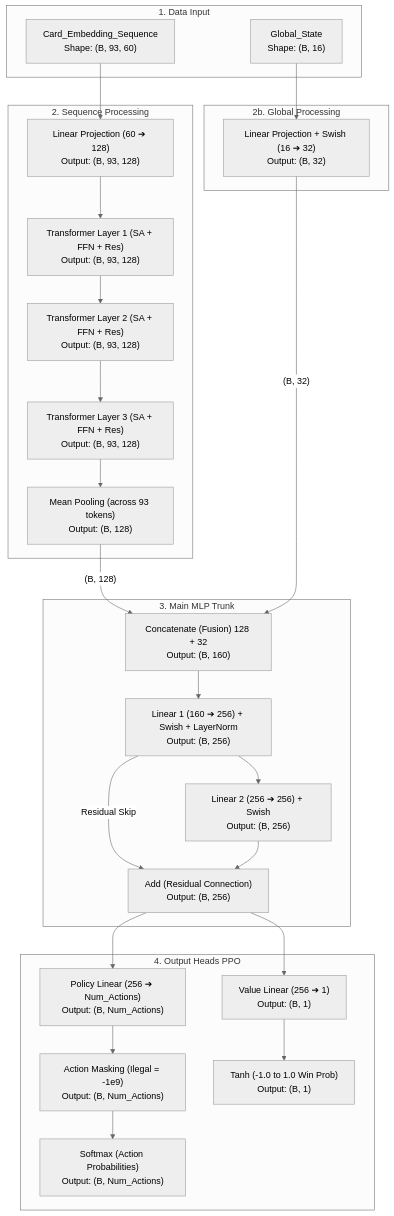
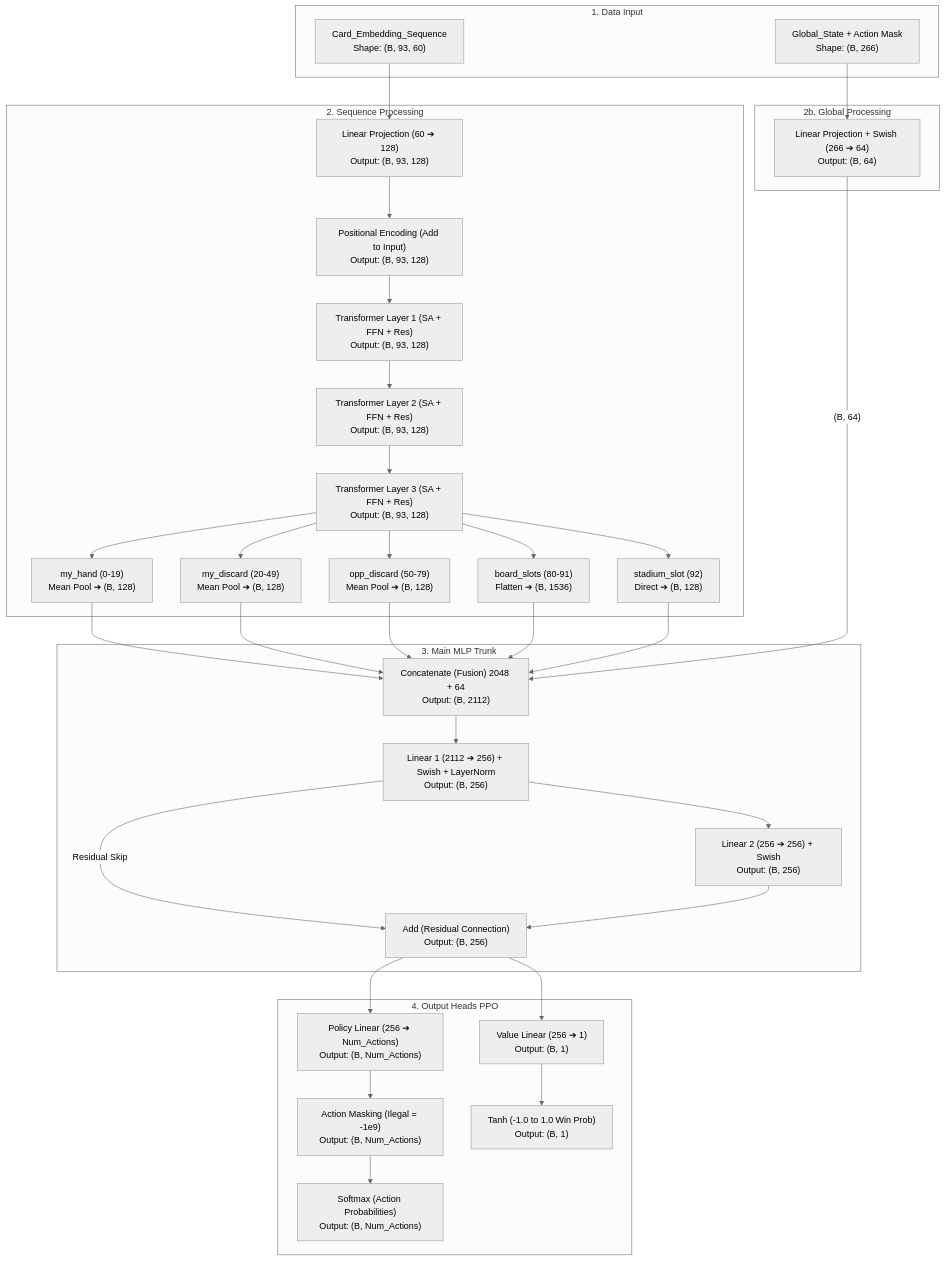
One commit to Akhyar11/new_tcg changed the diagram in brain_storming.md. Above: the diagram before and after it, drawn with Mermaid (neutral theme). The commit also changed other lines of this file and 5 other files, not shown here.

```diff
--- a/brain_storming.md
+++ b/brain_storming.md
@@ -65,29 +95,34 @@
     %% Input Layer
     subgraph Input_State [1. Data Input]
         seq_input["Card_Embedding_Sequence<br/>Shape: (B, 93, 60)"]
-        glob_input["Global_State<br/>Shape: (B, 16)"]
+        glob_input["Global_State + Action Mask<br/>Shape: (B, 266)"]
     end
 
     %% Sequence Processing
     subgraph Seq_Processing [2. Sequence Processing]
         proj_seq["Linear Projection (60 ➔ 128)<br/>Output: (B, 93, 128)"]
+        pos_enc["Positional Encoding (Add to Input)<br/>Output: (B, 93, 128)"]
         
         tf_block_1["Transformer Layer 1 (SA + FFN + Res)<br/>Output: (B, 93, 128)"]
         tf_block_2["Transformer Layer 2 (SA + FFN + Res)<br/>Output: (B, 93, 128)"]
         tf_block_3["Transformer Layer 3 (SA + FFN + Res)<br/>Output: (B, 93, 128)"]
         
-        pooling["Mean Pooling (across 93 tokens)<br/>Output: (B, 128)"]
+        slice_hand["my_hand (0-19)<br/>Mean Pool ➔ (B, 128)"]
+        slice_mydisc["my_discard (20-49)<br/>Mean Pool ➔ (B, 128)"]
+        slice_oppdisc["opp_discard (50-79)<br/>Mean Pool ➔ (B, 128)"]
+        slice_board["board_slots (80-91)<br/>Flatten ➔ (B, 1536)"]
+        slice_stadium["stadium_slot (92)<br/>Direct ➔ (B, 128)"]
     end
     
     %% Global Processing
     subgraph Glob_Processing [2b. Global Processing]
-        proj_glob["Linear Projection + Swish (16 ➔ 32)<br/>Output: (B, 32)"]
+        proj_glob["Linear Projection + Swish (266 ➔ 64)<br/>Output: (B, 64)"]
     end
 
     %% Fusion & MLP
     subgraph Core_Model [3. Main MLP Trunk]
-        concat["Concatenate (Fusion) 128 + 32<br/>Output: (B, 160)"]
-        mlp_1["Linear 1 (160 ➔ 256) + Swish + LayerNorm<br/>Output: (B, 256)"]
+        concat["Concatenate (Fusion) 2048 + 64<br/>Output: (B, 2112)"]
+        mlp_1["Linear 1 (2112 ➔ 256) + Swish + LayerNorm<br/>Output: (B, 256)"]
         mlp_2["Linear 2 (256 ➔ 256) + Swish<br/>Output: (B, 256)"]
         res_add["Add (Residual Connection)<br/>Output: (B, 256)"]
     end
@@ -105,15 +140,25 @@
     %% Flow Connections
     seq_input --> proj_seq
     
-    proj_seq --> tf_block_1
+    proj_seq --> pos_enc
+    pos_enc --> tf_block_1
     tf_block_1 --> tf_block_2
     tf_block_2 --> tf_block_3
-    tf_block_3 --> pooling
+    
+    tf_block_3 --> slice_hand
+    tf_block_3 --> slice_mydisc
+    tf_block_3 --> slice_oppdisc
+    tf_block_3 --> slice_board
+    tf_block_3 --> slice_stadium
     
     glob_input --> proj_glob
     
-    pooling -- "(B, 128)" --> concat
-    proj_glob -- "(B, 32)" --> concat
+    slice_hand --> concat
+    slice_mydisc --> concat
+    slice_oppdisc --> concat
+    slice_board --> concat
+    slice_stadium --> concat
+    proj_glob -- "(B, 64)" --> concat
     
     concat --> mlp_1
     mlp_1 --> mlp_2
```
